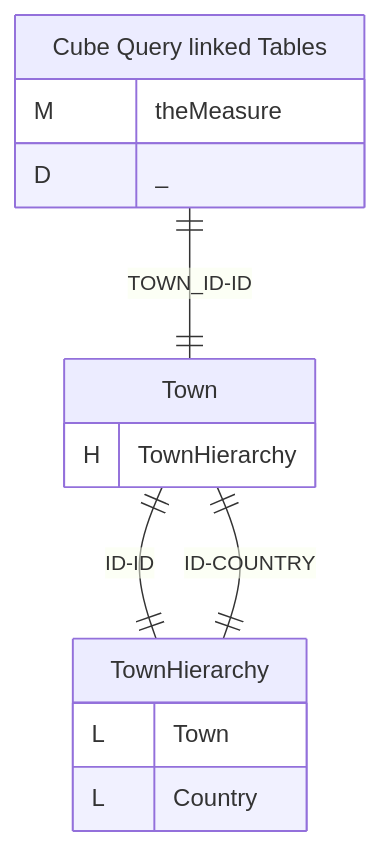
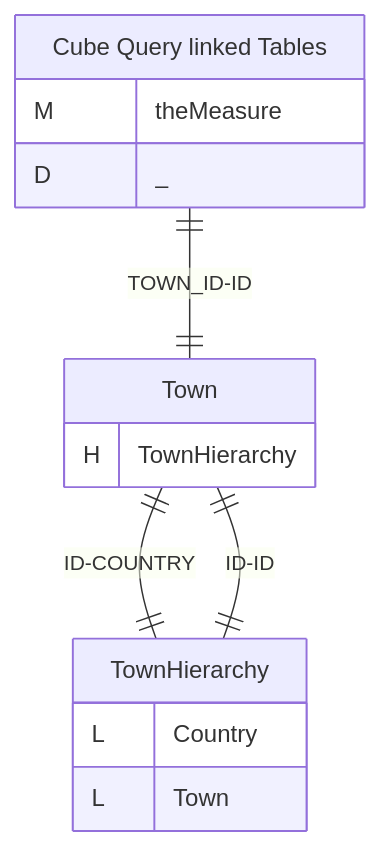
The first of 5 diagrams in tutorial.cube.hierarchy.query.table.multilevel.multitable/DOCUMENTATION.MD (stbischof/tuttest), drawn with Mermaid before and after one commit. The commit also changed other lines of this file and 33 other files, not shown here.

````diff
--- a/tutorial.cube.hierarchy.query.table.multilevel.multitable/DOCUMENTATION.MD
+++ b/tutorial.cube.hierarchy.query.table.multilevel.multitable/DOCUMENTATION.MD
@@ -41,28 +41,28 @@
 ```mermaid
 %%{init: {
 "theme": "default",
 "themeCSS": [
     ".er.entityBox {stroke: black;}",
     ".er.attributeBoxEven {stroke: black;}",
     ".er.attributeBoxOdd {stroke: black;}",
     "[id^=entity-c] .er.entityBox { fill: lightgreen;} ",
     "[id^=entity-d] .er.entityBox { fill: powderblue;} ",
     "[id^=entity-h] .er.entityBox { fill: pink;} "
 ]
 }}%%
 erDiagram
 c0["Cube Query linked Tables"]{
 M theMeasure ""
 D _ ""
 }
 d00["Town"] {
 H TownHierarchy ""
 }
 h000["TownHierarchy"] {
+L Country ""
 L Town ""
-L Country ""
 }
 "c0" ||--|| "d00" : "TOWN_ID-ID"
+"d00" ||--|| "h000" : "ID-COUNTRY"
 "d00" ||--|| "h000" : "ID-ID"
-"d00" ||--|| "h000" : "ID-COUNTRY"
 ```
````
